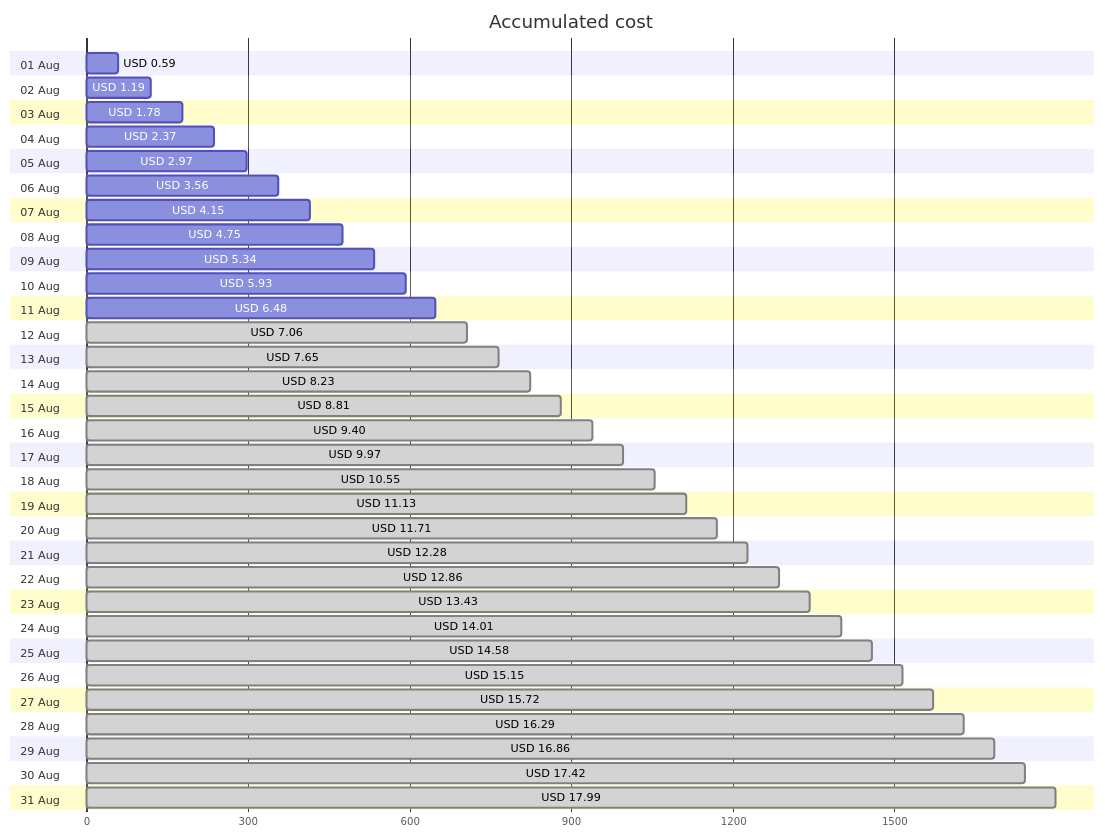
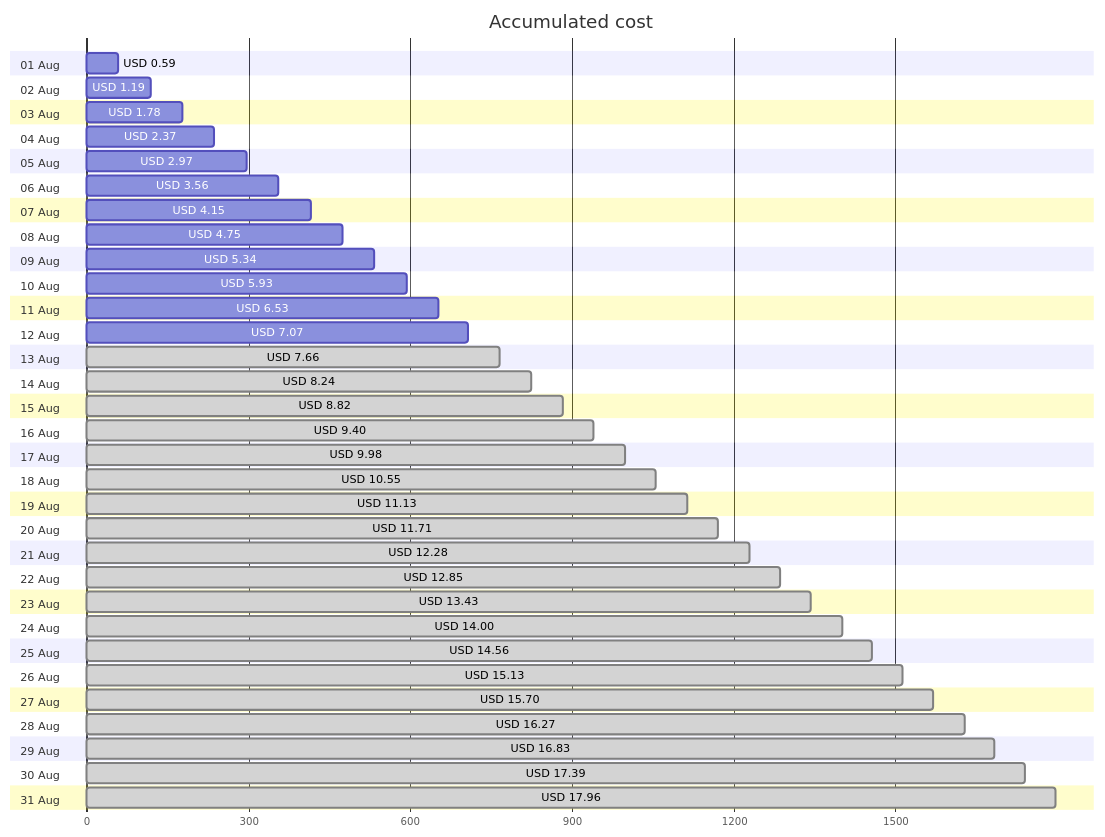
The first of 4 diagrams in cost-reports/personal-site/README.md (jpfulton/azure-personal-reports), drawn with Mermaid before and after one commit. The commit also changed other lines of this file and 6 other files, not shown here.

````diff
--- a/cost-reports/personal-site/README.md
+++ b/cost-reports/personal-site/README.md
@@ -20,68 +20,68 @@
 ```mermaid
 gantt
    title Accumulated cost
    dateFormat  X
    axisFormat %s
    section 01 Aug
    USD 0.59 :0, 59
    section 02 Aug
    USD 1.19 :0, 119
    section 03 Aug
    USD 1.78 :0, 178
    section 04 Aug
    USD 2.37 :0, 237
    section 05 Aug
    USD 2.97 :0, 297
    section 06 Aug
    USD 3.56 :0, 356
    section 07 Aug
    USD 4.15 :0, 415
    section 08 Aug
    USD 4.75 :0, 475
    section 09 Aug
    USD 5.34 :0, 534
    section 10 Aug
    USD 5.93 :0, 593
    section 11 Aug
-   USD 6.48 :0, 648
+   USD 6.53 :0, 653
    section 12 Aug
-   USD 7.06 : done, 0, 706
+   USD 7.07 :0, 707
    section 13 Aug
-   USD 7.65 : done, 0, 765
+   USD 7.66 : done, 0, 766
    section 14 Aug
-   USD 8.23 : done, 0, 823
+   USD 8.24 : done, 0, 824
    section 15 Aug
-   USD 8.81 : done, 0, 881
+   USD 8.82 : done, 0, 882
    section 16 Aug
    USD 9.40 : done, 0, 940
    section 17 Aug
-   USD 9.97 : done, 0, 997
+   USD 9.98 : done, 0, 998
    section 18 Aug
    USD 10.55 : done, 0, 1055
    section 19 Aug
    USD 11.13 : done, 0, 1113
    section 20 Aug
    USD 11.71 : done, 0, 1171
    section 21 Aug
    USD 12.28 : done, 0, 1228
    section 22 Aug
-   USD 12.86 : done, 0, 1286
+   USD 12.85 : done, 0, 1285
    section 23 Aug
    USD 13.43 : done, 0, 1343
    section 24 Aug
-   USD 14.01 : done, 0, 1401
+   USD 14.00 : done, 0, 1400
    section 25 Aug
-   USD 14.58 : done, 0, 1458
+   USD 14.56 : done, 0, 1456
    section 26 Aug
-   USD 15.15 : done, 0, 1515
+   USD 15.13 : done, 0, 1513
    section 27 Aug
-   USD 15.72 : done, 0, 1572
+   USD 15.70 : done, 0, 1570
    section 28 Aug
-   USD 16.29 : done, 0, 1629
+   USD 16.27 : done, 0, 1627
    section 29 Aug
-   USD 16.86 : done, 0, 1686
+   USD 16.83 : done, 0, 1683
    section 30 Aug
-   USD 17.42 : done, 0, 1742
+   USD 17.39 : done, 0, 1739
    section 31 Aug
-   USD 17.99 : done, 0, 1799
+   USD 17.96 : done, 0, 1796
 ```
````
